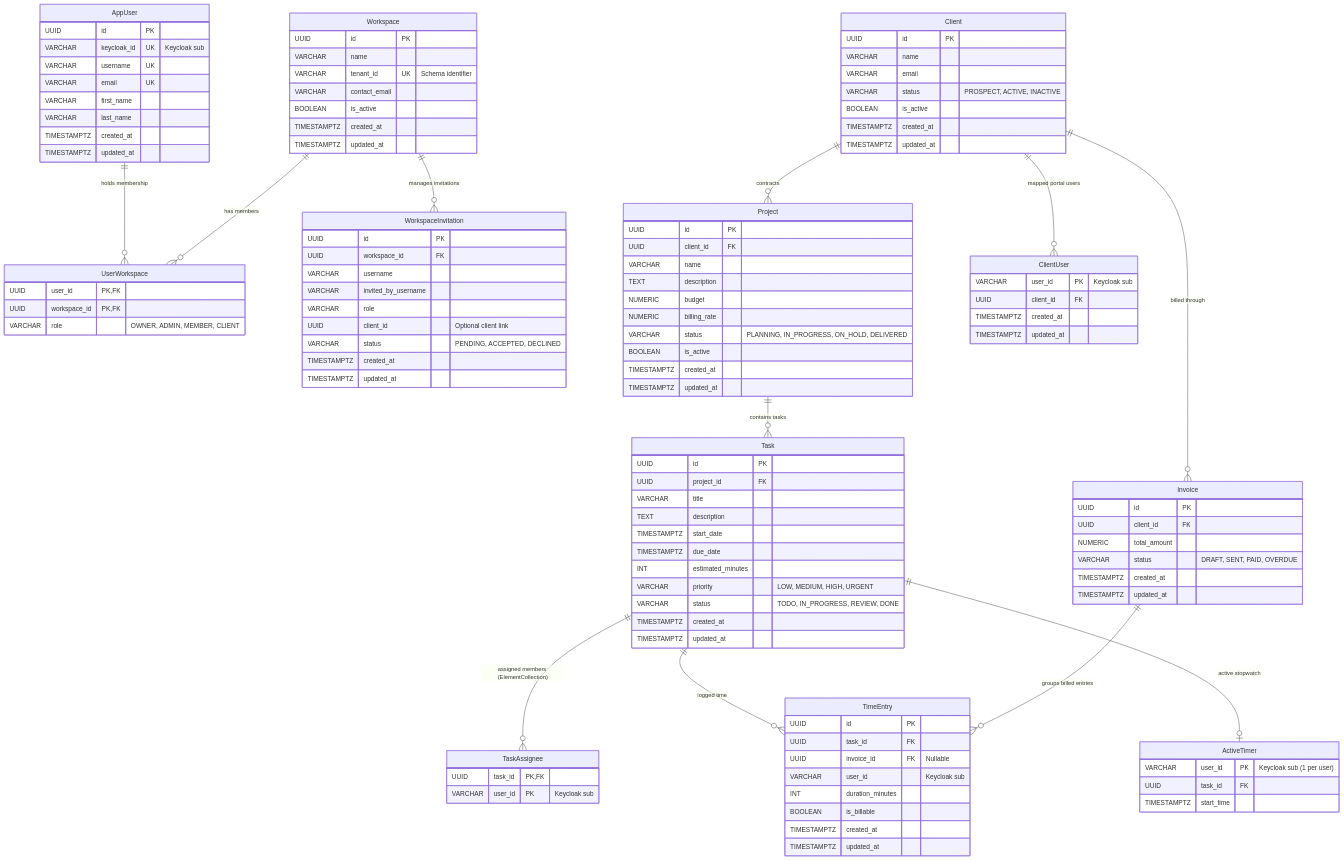
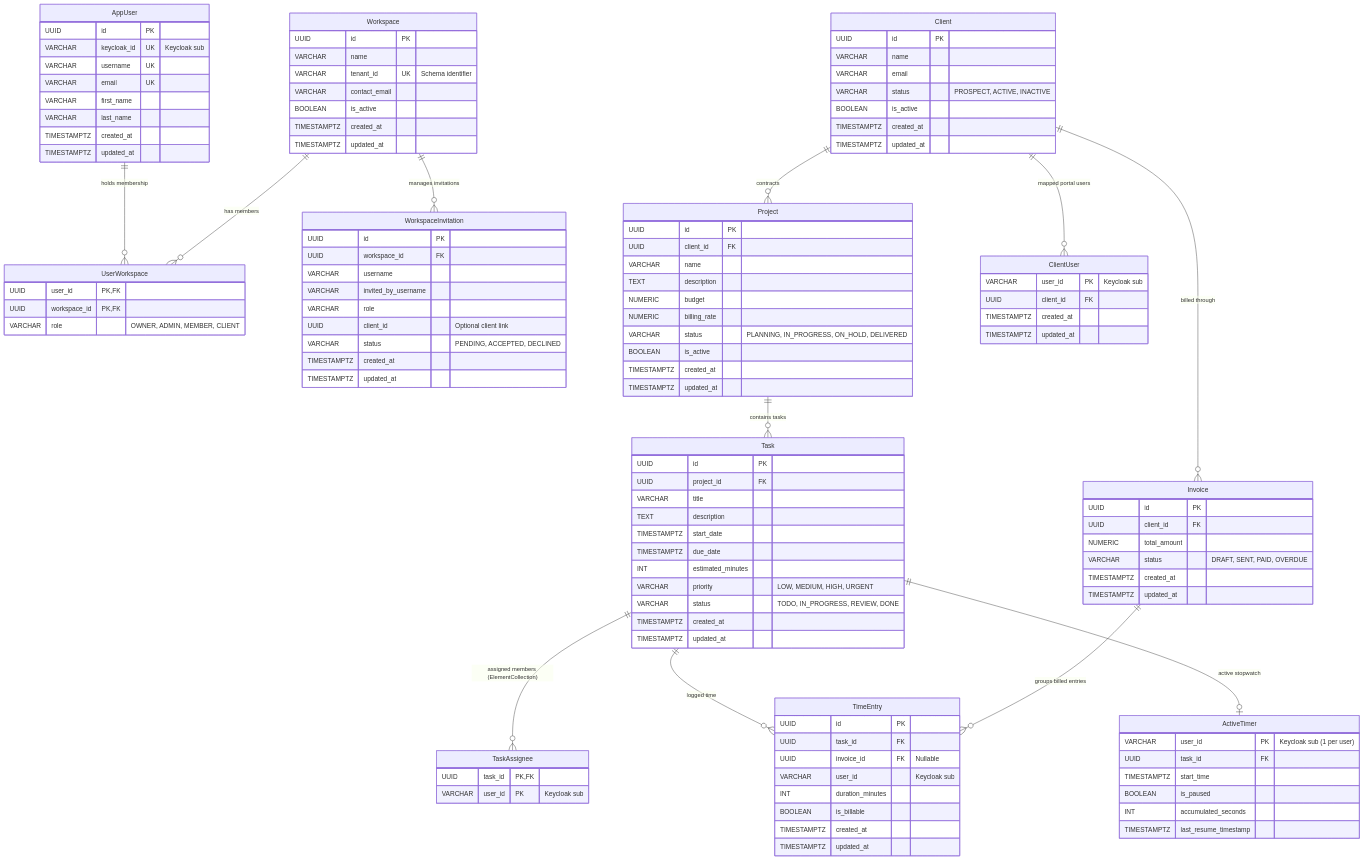
Before and after one commit to Eyad-Sharkawy/agency-os-back-end: the diagram in docs/DATA_MODEL.md, drawn with Mermaid. The commit also changed other lines of this file and 7 other files, not shown here.

Commit message:
docs(back-end): synchronize OpenAPI specs, complete Postman collection, and update API architecture docs

```diff
--- a/docs/DATA_MODEL.md
+++ b/docs/DATA_MODEL.md
@@ -342,6 +345,9 @@
         VARCHAR user_id PK "Keycloak sub (1 per user)"
         UUID task_id FK
         TIMESTAMPTZ start_time
+        BOOLEAN is_paused
+        INT accumulated_seconds
+        TIMESTAMPTZ last_resume_timestamp
     }
 
     Invoice {
```
